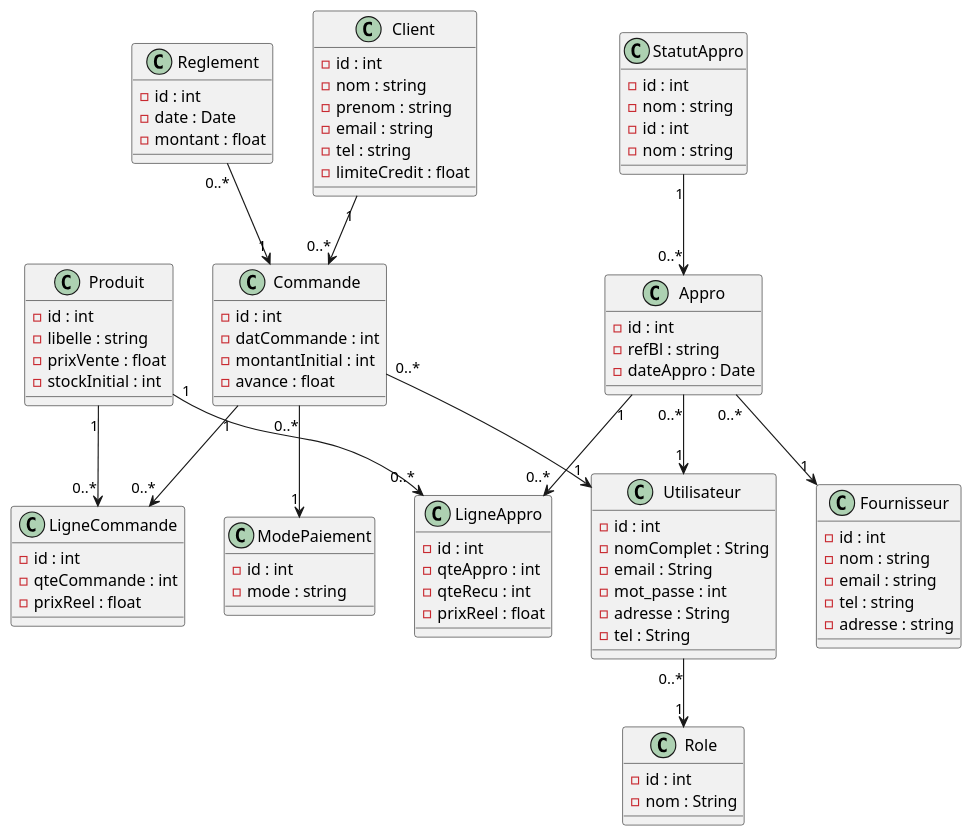
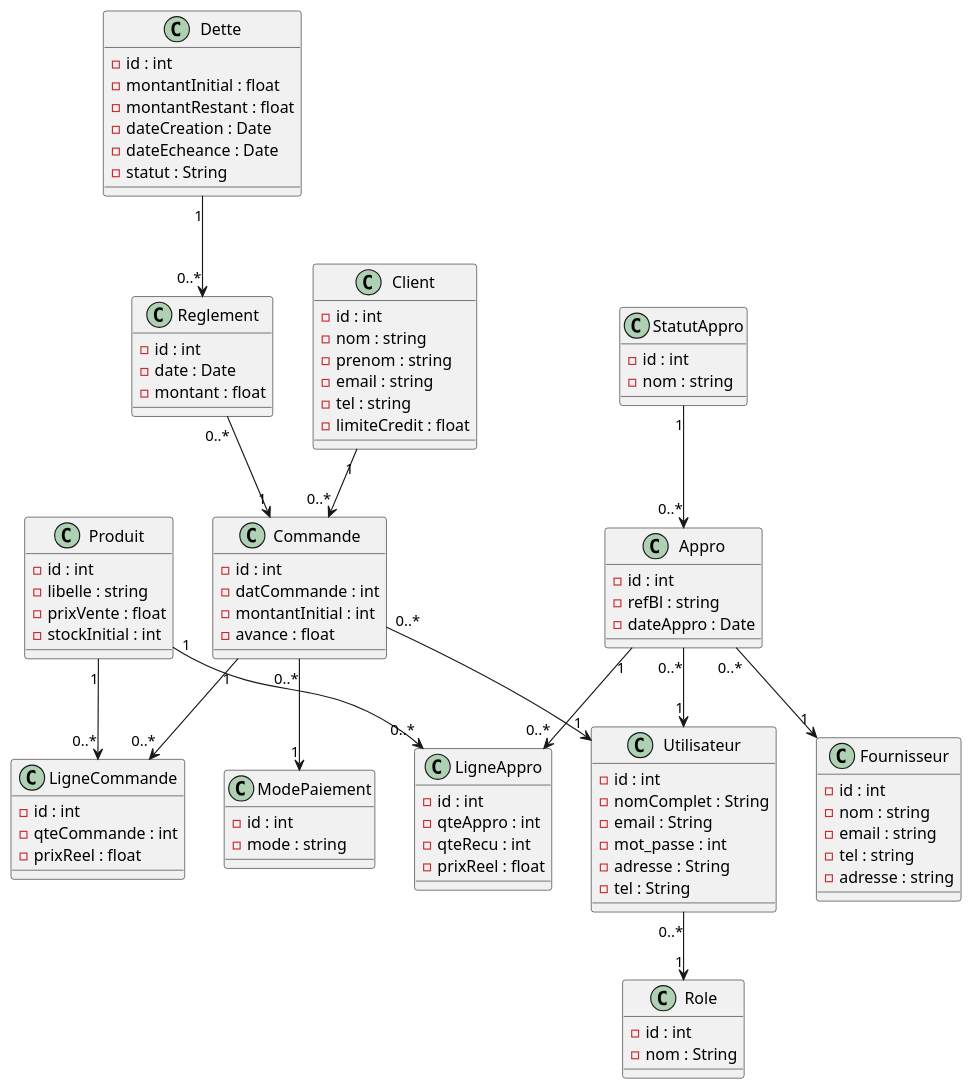
Before and after one commit to salyindo/docs: the diagram in docs/diagramme_classe.puml, drawn with PlantUML. The commit also changed 20 other files, not shown here.

```diff
--- a/docs/diagramme_classe.puml
+++ b/docs/diagramme_classe.puml
@@ -1,117 +1,119 @@
 @startuml Diagramme_Classe_Cotisation
 
 class Utilisateur {
     - id : int
     - nomComplet : String
     - email : String
     - mot_passe : int
     - adresse : String
     - tel : String
 }
 
 class Role {
     - id : int
     - nom : String
 }
 
 class Client{
     - id : int
     - nom : string
     - prenom : string
     - email : string
     - tel : string
     - limiteCredit : float
 }
 
 class Commande{
     - id : int
     - datCommande : int
     - montantInitial : int
     - avance : float
 }
 
 
-class StatutAppro{
+class Dette {
     - id : int
-    - nom : string
+    - montantInitial : float
+    - montantRestant : float
+    - dateCreation : Date
+    - dateEcheance : Date
+    - statut : String
 }
 
 
 class LigneCommande{
     - id : int
     - qteCommande : int
     - prixReel : float
 }
 
 class ModePaiement{
     - id : int
     - mode : string
 }
 
 class Reglement{
     - id : int
     - date : Date
     - montant : float
 }
 
 class Produit{
     - id : int
     - libelle : string
     - prixVente : float
     - stockInitial : int
 }
 
 class Fournisseur{
     -id : int
     -nom : string
     -email : string
     -tel : string
     -adresse : string
 }
 
 class StatutAppro{
     - id : int
     - nom : string
 }
 
 class Appro{
     - id : int
     - refBl : string
     - dateAppro : Date
 }
 
 class LigneAppro{
     - id : int
     - qteAppro : int
     - qteRecu : int
     - prixReel : float
 }
 
 
 
 Utilisateur "0..*" --> "1" Role 
 Client "1" --> "0..*" Commande 
 Commande "1" --> "0..*" LigneCommande 
 Produit "1" --> "0..*" LigneCommande 
 
 Appro "0..*" --> "1" Fournisseur 
 Appro "1" --> "0..*" LigneAppro 
 Produit "1" --> "0..*" LigneAppro 
 
 StatutAppro "1" --> "0..*" Appro 
 Commande "0..*" --> "1" ModePaiement 
 Reglement "0..*" --> "1" Commande 
 
 Appro "0..*" --> "1" Utilisateur 
 Commande "0..*" --> "1" Utilisateur 
-
-
-
+Dette "1" --> "0..*" Reglement
 
 
 
 
 
 
 
 @enduml
```
